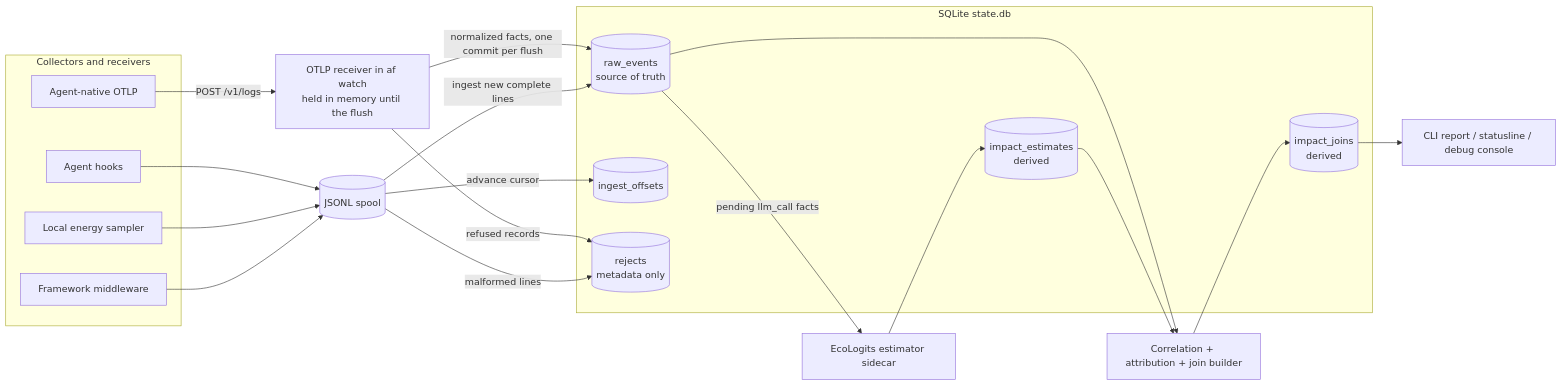
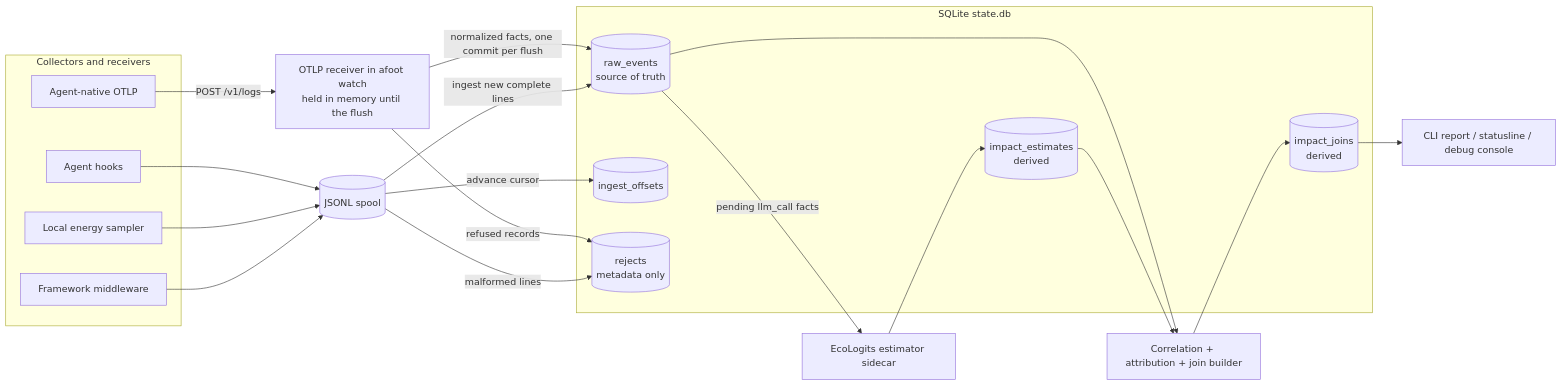
The first of 4 diagrams in docs/explanation/rebuild-architecture.md (mlco2/agentic-footprint), drawn with Mermaid before and after one commit. The commit also changed other lines of this file and 303 other files, not shown here.

````diff
--- a/docs/explanation/rebuild-architecture.md
+++ b/docs/explanation/rebuild-architecture.md
@@ -19,40 +19,40 @@
 ```mermaid
 flowchart LR
     subgraph Producers[Collectors and receivers]
         Hooks[Agent hooks]
         OTLP[Agent-native OTLP]
         Sampler[Local energy sampler]
         Framework[Framework middleware]
     end
 
     Spool[(JSONL spool)]
-    Receiver[OTLP receiver in af watch<br/>held in memory until the flush]
+    Receiver[OTLP receiver in afoot watch<br/>held in memory until the flush]
 
     subgraph SQLite[SQLite state.db]
         Raw[(raw_events<br/>source of truth)]
         Offsets[(ingest_offsets)]
         Rejects[(rejects<br/>metadata only)]
         Estimates[(impact_estimates<br/>derived)]
         Joins[(impact_joins<br/>derived)]
     end
 
     Sidecar[EcoLogits estimator sidecar]
     Core[Correlation + attribution + join builder]
     Readers[CLI report / statusline / debug console]
 
     Hooks --> Spool
     Sampler --> Spool
     Framework --> Spool
     OTLP -->|POST /v1/logs| Receiver
     Receiver -->|normalized facts, one commit per flush| Raw
     Receiver -->|refused records| Rejects
     Spool -->|ingest new complete lines| Raw
     Spool -->|malformed lines| Rejects
     Spool -->|advance cursor| Offsets
     Raw -->|pending llm_call facts| Sidecar
     Sidecar --> Estimates
     Raw --> Core
     Estimates --> Core
     Core --> Joins
     Joins --> Readers
 ```
````
